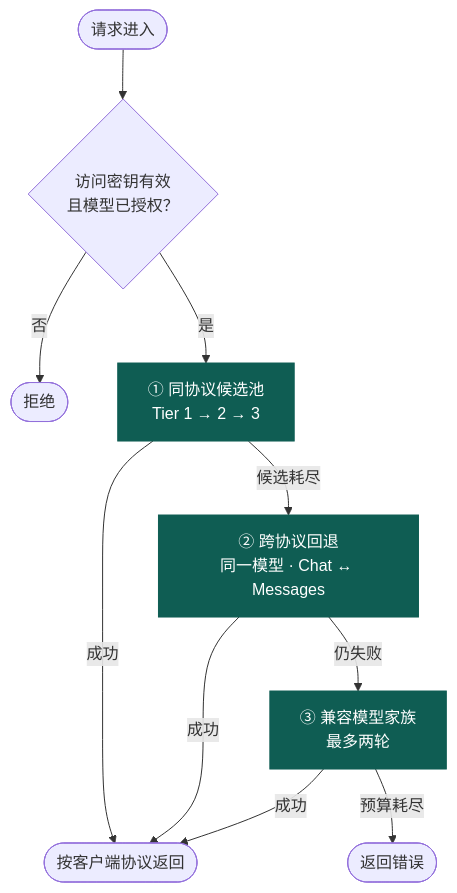
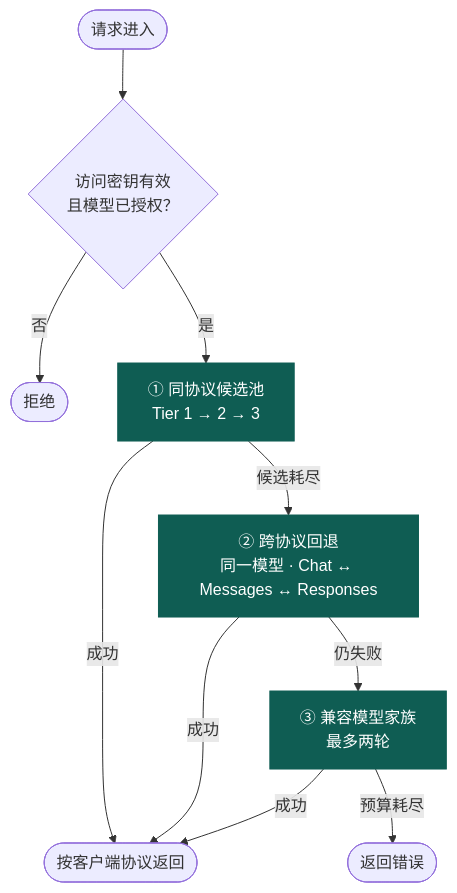
Before and after one commit to fongap-labs/ai-gateway: the second of 2 diagrams in README.md, drawn with Mermaid. The commit also changed other lines of this file and 23 other files, not shown here.

````diff
--- a/README.md
+++ b/README.md
@@ -163,14 +163,14 @@
 ```mermaid
 flowchart TD
     req(["请求进入"]) --> auth{"访问密钥有效<br/>且模型已授权？"}
     auth -- 否 --> deny(["拒绝"])
     auth -- 是 --> s1["① 同协议候选池<br/>Tier 1 → 2 → 3"]
     s1 -- 成功 --> out(["按客户端协议返回"])
-    s1 -- 候选耗尽 --> s2["② 跨协议回退<br/>同一模型 · Chat ↔ Messages"]
+    s1 -- 候选耗尽 --> s2["② 跨协议回退<br/>同一模型 · Chat ↔ Messages ↔ Responses"]
     s2 -- 成功 --> out
     s2 -- 仍失败 --> s3["③ 兼容模型家族<br/>最多两轮"]
     s3 -- 成功 --> out
     s3 -- 预算耗尽 --> fail(["返回错误"])
     classDef stage fill:#0f5d53,stroke:#0f5d53,color:#ffffff
     class s1,s2,s3 stage
 ```
````
